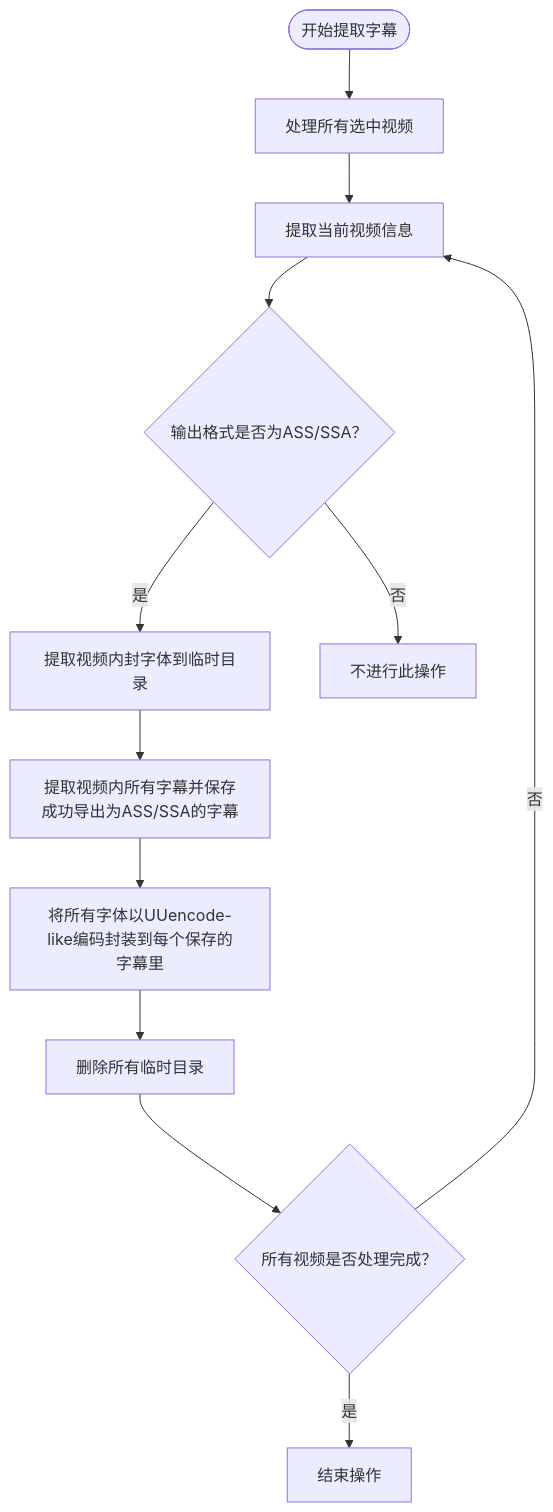
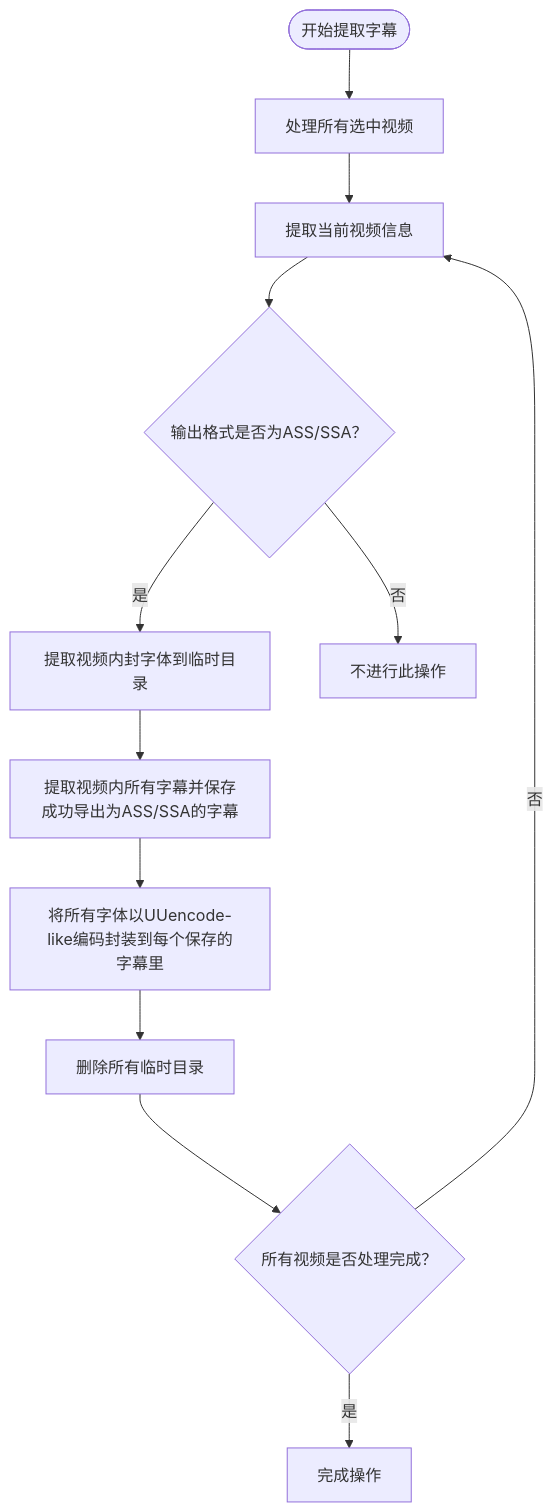
The first of 4 diagrams in README.md (TCBOMC/Subtitle-Exporter), drawn with Mermaid before and after one commit. The commit also changed other lines of this file, not shown here.

````diff
--- a/README.md
+++ b/README.md
@@ -69,15 +69,15 @@
     ```mermaid
     flowchart TD
     A(["开始提取字幕"]) --> B["处理所有选中视频"]
     C{"输出格式是否为ASS/SSA？"} -- 是 --> D["提取视频内封字体到临时目录"]
     C -- 否 --> E["不进行此操作"]
     B --> n1["提取当前视频信息"]
     n1 --> C
     D --> n2["提取视频内所有字幕并保存成功导出为ASS/SSA的字幕"]
     n2 --> n3["将所有字体以UUencode-like编码封装到每个保存的字幕里"]
     n3 --> n4["删除所有临时目录"]
     n4 --> n5["所有视频是否处理完成？"]
-    n5 -- 是 --> n6["结束操作"]
+    n5 -- 是 --> n6["完成操作"]
     n5 -- 否 --> n1
     n5@{ shape: diam}
     ```
````
